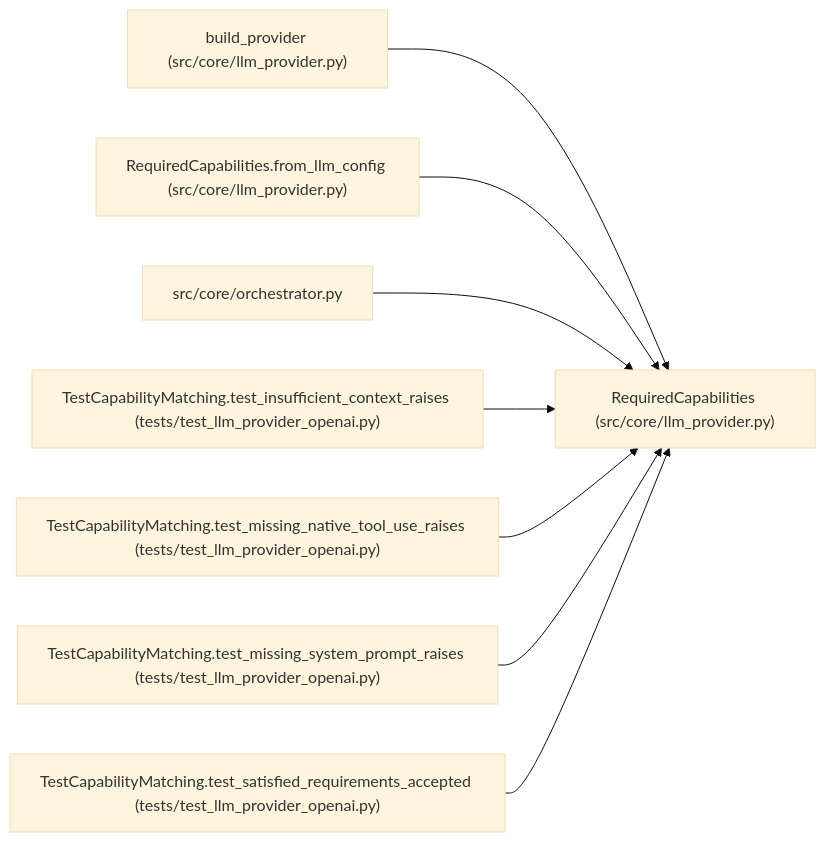
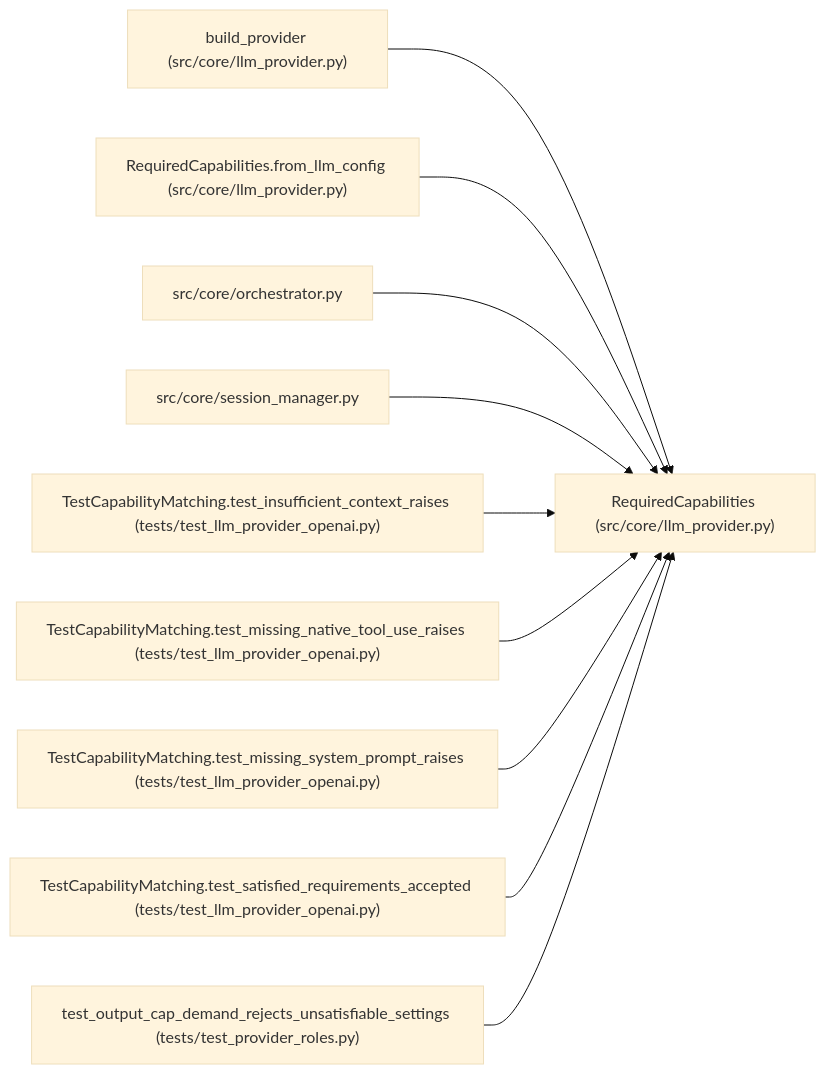
One commit to Denissvgn/autoresearch-agent changed the diagram in docs/llm_wiki/entities/RequiredCapabilities.md. Above: the diagram before and after it, drawn with Mermaid (base theme). The commit also changed other lines of this file and 1033 other files, not shown here.

````diff
--- a/docs/llm_wiki/entities/RequiredCapabilities.md
+++ b/docs/llm_wiki/entities/RequiredCapabilities.md
@@ -27,26 +27,32 @@
 ```mermaid
 flowchart LR
     n0["RequiredCapabilities (src/core/llm_provider.py)"]
     n1["build_provider (src/core/llm_provider.py)"]
     n2["RequiredCapabilities.from_llm_config (src/core/llm_provider.py)"]
     n3["src/core/orchestrator.py"]
-    n4["TestCapabilityMatching.test_insufficient_context_raises (tests/test_llm_provider_openai.py)"]
-    n5["TestCapabilityMatching.test_missing_native_tool_use_raises (tests/test_llm_provider_openai.py)"]
-    n6["TestCapabilityMatching.test_missing_system_prompt_raises (tests/test_llm_provider_openai.py)"]
-    n7["TestCapabilityMatching.test_satisfied_requirements_accepted (tests/test_llm_provider_openai.py)"]
+    n4["src/core/session_manager.py"]
+    n5["TestCapabilityMatching.test_insufficient_context_raises (tests/test_llm_provider_openai.py)"]
+    n6["TestCapabilityMatching.test_missing_native_tool_use_raises (tests/test_llm_provider_openai.py)"]
+    n7["TestCapabilityMatching.test_missing_system_prompt_raises (tests/test_llm_provider_openai.py)"]
+    n8["TestCapabilityMatching.test_satisfied_requirements_accepted (tests/test_llm_provider_openai.py)"]
+    n9["test_output_cap_demand_rejects_unsatisfiable_settings (tests/test_provider_roles.py)"]
     n1 --> n0
     n2 --> n0
     n3 --> n0
     n4 --> n0
     n5 --> n0
     n6 --> n0
     n7 --> n0
+    n8 --> n0
+    n9 --> n0
     click n0 "../modules/llm_provider.md"
     click n1 "../modules/llm_provider.md"
     click n2 "../modules/llm_provider.md"
     click n3 "../modules/orchestrator.md"
-    click n4 "../modules/test_llm_provider_openai.md"
+    click n4 "../modules/session_manager.md"
     click n5 "../modules/test_llm_provider_openai.md"
     click n6 "../modules/test_llm_provider_openai.md"
     click n7 "../modules/test_llm_provider_openai.md"
+    click n8 "../modules/test_llm_provider_openai.md"
+    click n9 "../modules/test_provider_roles.md"
 ```
````
